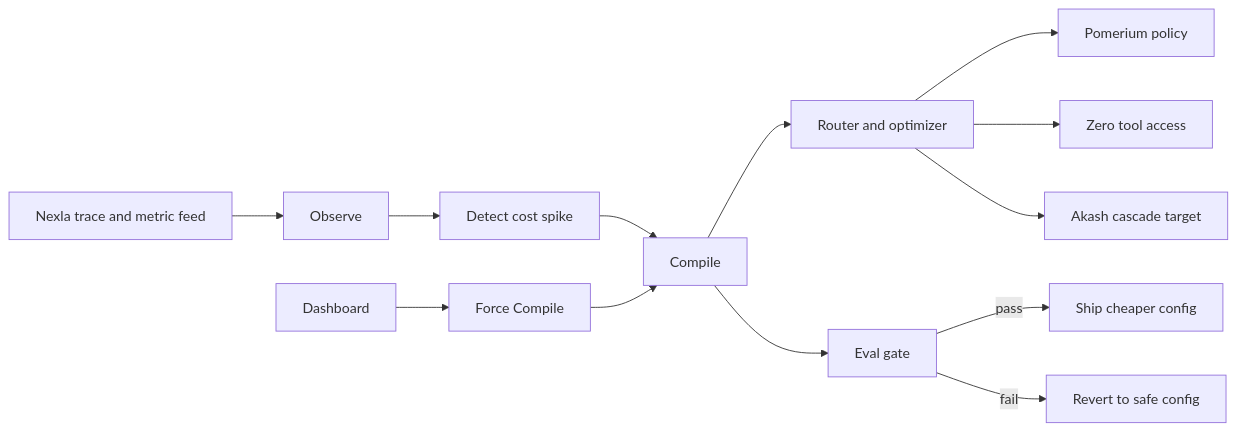
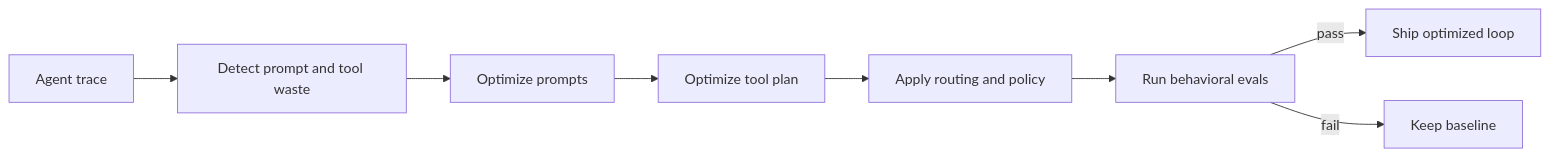
One commit to Anantha-Kandrapu/DWOA changed the diagram in README.md. Above: the diagram before and after it, drawn with Mermaid. The commit also changed other lines of this file and 12 other files, not shown here.

````diff
--- a/README.md
+++ b/README.md
@@ -15,15 +29,10 @@
 ```mermaid
 flowchart LR
-  N[Nexla trace and metric feed] --> O[Observe]
-  O --> D[Detect cost spike]
-  D --> C[Compile]
-  C --> R[Router and optimizer]
-  R --> P[Pomerium policy]
-  R --> Z[Zero tool access]
-  R --> A[Akash cascade target]
-  C --> E[Eval gate]
-  E -->|pass| S[Ship cheaper config]
-  E -->|fail| V[Revert to safe config]
-  W[Dashboard] --> F[Force Compile]
-  F --> C
+  T[Agent trace] --> D[Detect prompt and tool waste]
+  D --> P[Optimize prompts]
+  P --> O[Optimize tool plan]
+  O --> R[Apply routing and policy]
+  R --> E[Run behavioral evals]
+  E -->|pass| S[Ship optimized loop]
+  E -->|fail| B[Keep baseline]
 ```
````
